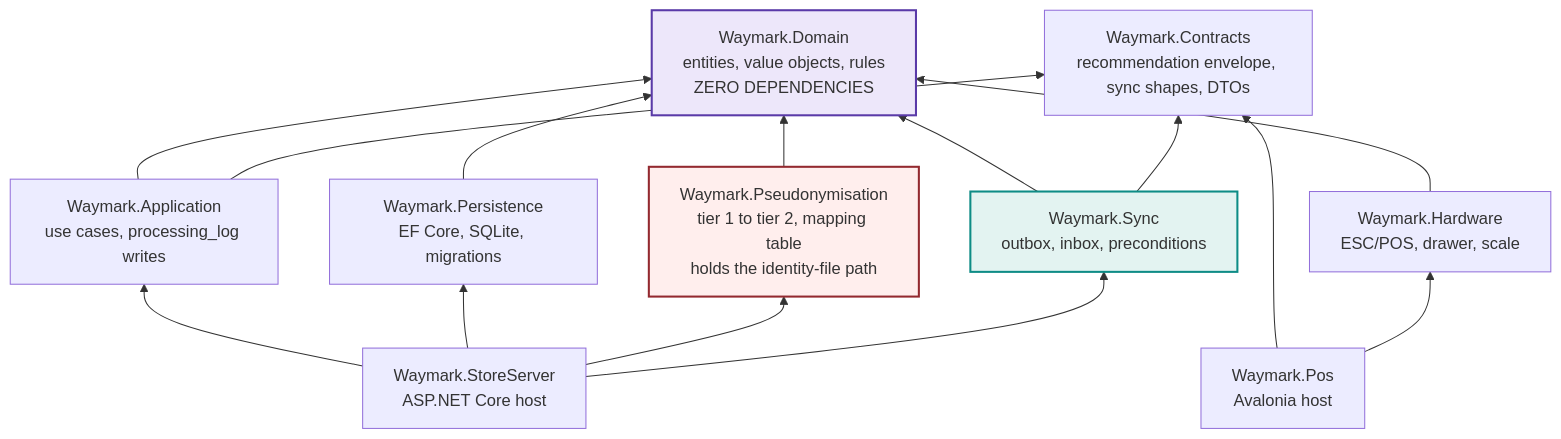
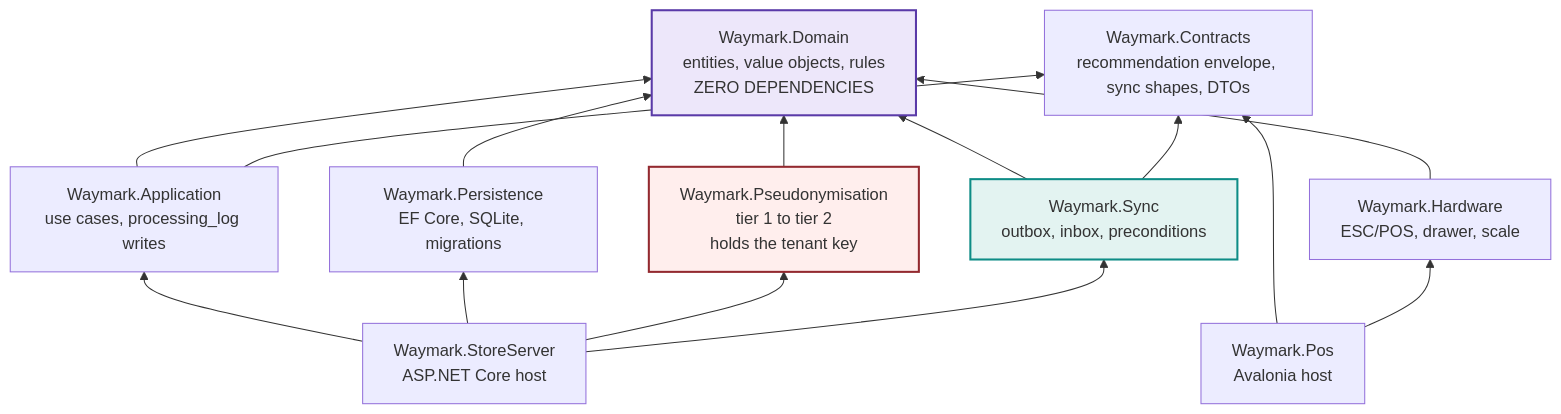
Before and after one commit to RAHAI-HAKIM/Waymark: the diagram in docs/diagrams/05-solution-dependencies.md, drawn with Mermaid. The commit also changed 10 other files, not shown here.

````diff
--- a/docs/diagrams/05-solution-dependencies.md
+++ b/docs/diagrams/05-solution-dependencies.md
@@ -8,32 +8,32 @@
 ```mermaid
 flowchart BT
     domain["Waymark.Domain<br/>entities, value objects, rules<br/>ZERO DEPENDENCIES"]
     contracts["Waymark.Contracts<br/>recommendation envelope, sync shapes, DTOs"]
     app["Waymark.Application<br/>use cases, processing_log writes"]
 
     persistence["Waymark.Persistence<br/>EF Core, SQLite, migrations"]
     hardware["Waymark.Hardware<br/>ESC/POS, drawer, scale"]
-    pseudo["Waymark.Pseudonymisation<br/>tier 1 to tier 2, mapping table<br/>holds the identity-file path"]
+    pseudo["Waymark.Pseudonymisation<br/>tier 1 to tier 2<br/>holds the tenant key"]
     sync["Waymark.Sync<br/>outbox, inbox, preconditions"]
 
     server["Waymark.StoreServer<br/>ASP.NET Core host"]
     posapp["Waymark.Pos<br/>Avalonia host"]
 
     app --> domain
     app --> contracts
     persistence --> domain
     hardware --> domain
     pseudo --> domain
     sync --> domain
     sync --> contracts
     server --> app
     server --> persistence
     server --> pseudo
     server --> sync
     posapp --> contracts
     posapp --> hardware
 
     style domain fill:#EDE7FA,stroke:#5A3AA8,stroke-width:2px
     style pseudo fill:#FFEEED,stroke:#93292F,stroke-width:2px
     style sync fill:#E3F3F1,stroke:#0E8C86,stroke-width:2px
 ```
````
